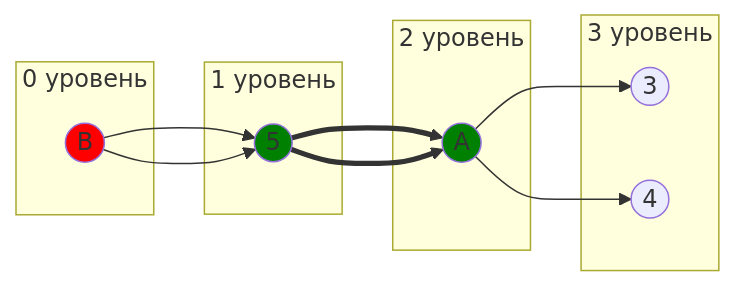
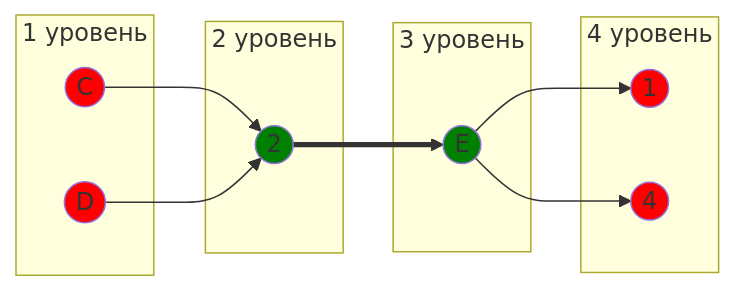
One commit to algos-ris-24-5/manual-tasks changed the fourth of 11 diagrams in Задание 8/DIVI.md. Above: the diagram before and after it, drawn with Mermaid. The commit also changed other lines of this file, not shown here.

````diff
--- a/Задание 8/DIVI.md
+++ b/Задание 8/DIVI.md
@@ -154,22 +130,27 @@
 ```mermaid
 graph LR
-    subgraph "0 уровень"
-        B((B))
-    end
     subgraph "1 уровень"
-        5((5))
+        C((C))
+        D((D))
     end
     subgraph "2 уровень"
-        A((A))
+        2((2))
     end
     subgraph "3 уровень"
-        3((3))
+        E((E))
+    end
+    subgraph "4 уровень"
+        1((1))
         4((4))
     end
-    B --> 5 ==> A --> 3
-    B --> 5 ==> A --> 4
+    C --> 2 ==> E --> 1
+    D --> 2
+    E --> 4
     
-    style B fill:#FF0000
-    style A fill:#008000
-    style 5 fill:#008000
+    style C fill:#FF0000
+    style D fill:#FF0000
+    style 1 fill:#FF0000
+    style 4 fill:#FF0000
+    style E fill:#008000
+    style 2 fill:#008000
 ```
````
